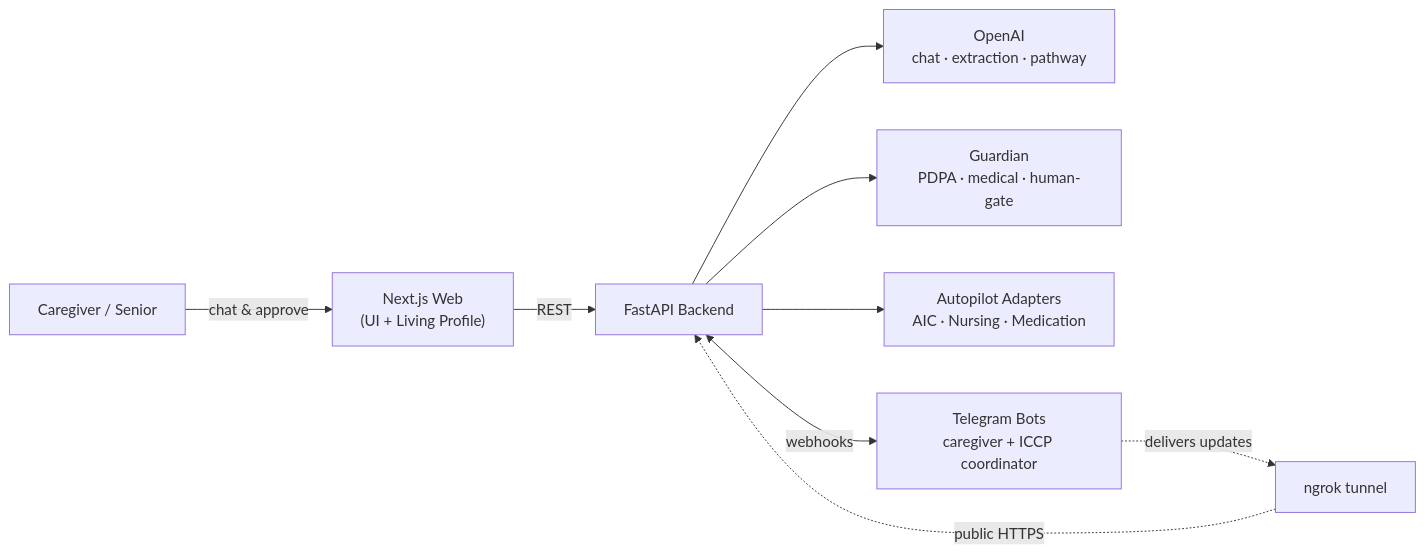
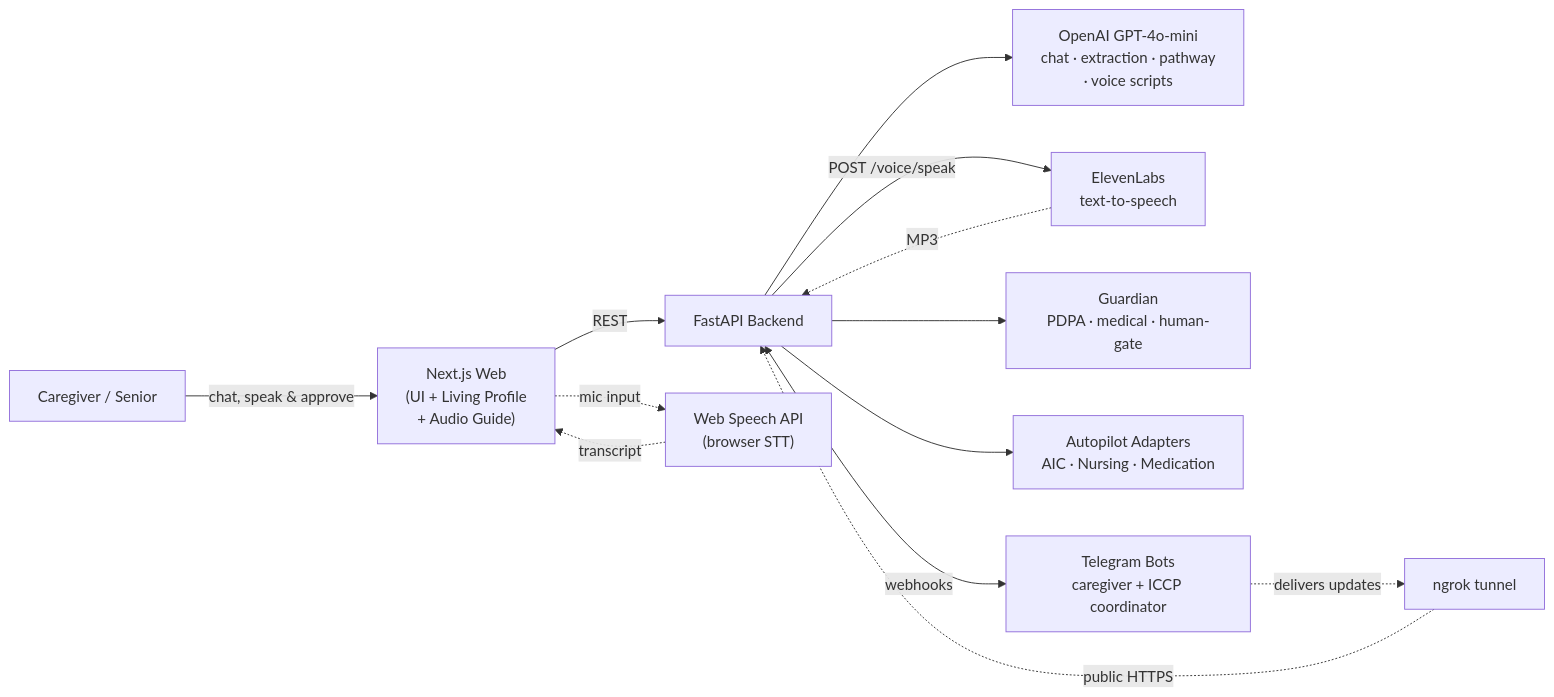
Before and after one commit to stormragemc/CareKaki-repo: the diagram in README.md, drawn with Mermaid. The commit also changed other lines of this file, not shown here.

````diff
--- a/README.md
+++ b/README.md
@@ -72,11 +88,15 @@
 ```mermaid
 flowchart LR
-    U["Caregiver / Senior"] -->|chat & approve| WEB["Next.js Web<br/>(UI + Living Profile)"]
+    U["Caregiver / Senior"] -->|chat, speak & approve| WEB["Next.js Web<br/>(UI + Living Profile<br/>+ Audio Guide)"]
     WEB -->|REST| API["FastAPI Backend"]
-    API --> LLM["OpenAI<br/>chat · extraction · pathway"]
+    WEB -.->|mic input| STT["Web Speech API<br/>(browser STT)"]
+    STT -.->|transcript| WEB
+    API --> LLM["OpenAI GPT-4o-mini<br/>chat · extraction · pathway<br/>· voice scripts"]
+    API -->|POST /voice/speak| EL["ElevenLabs<br/>text-to-speech"]
+    EL -.->|MP3| API
     API --> GUARD["Guardian<br/>PDPA · medical · human-gate"]
     API --> ADP["Autopilot Adapters<br/>AIC · Nursing · Medication"]
     API <-->|webhooks| TG["Telegram Bots<br/>caregiver + ICCP coordinator"]
     NGROK["ngrok tunnel"] -.->|public HTTPS| API
     TG -.->|delivers updates| NGROK
 ```
````
